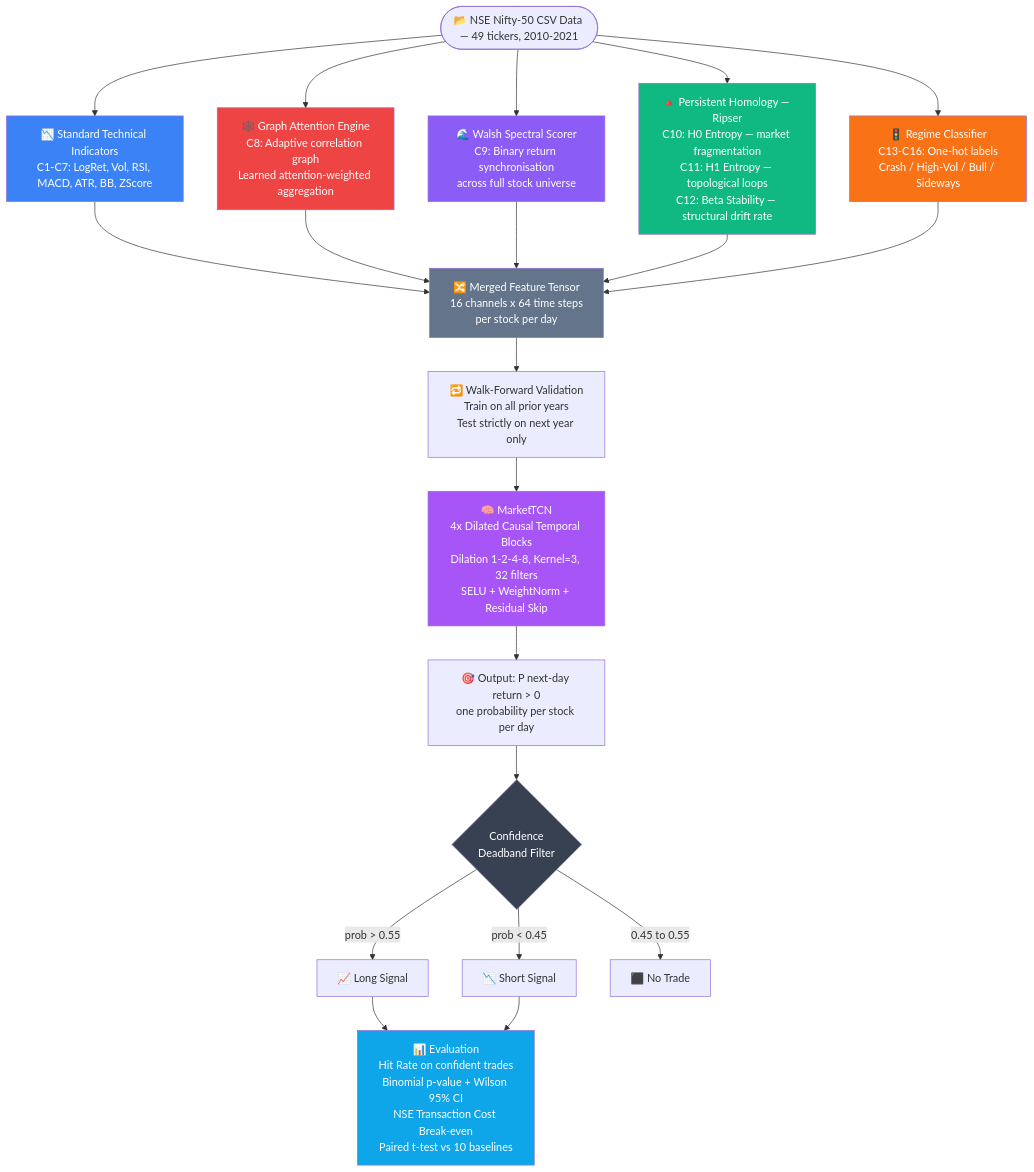
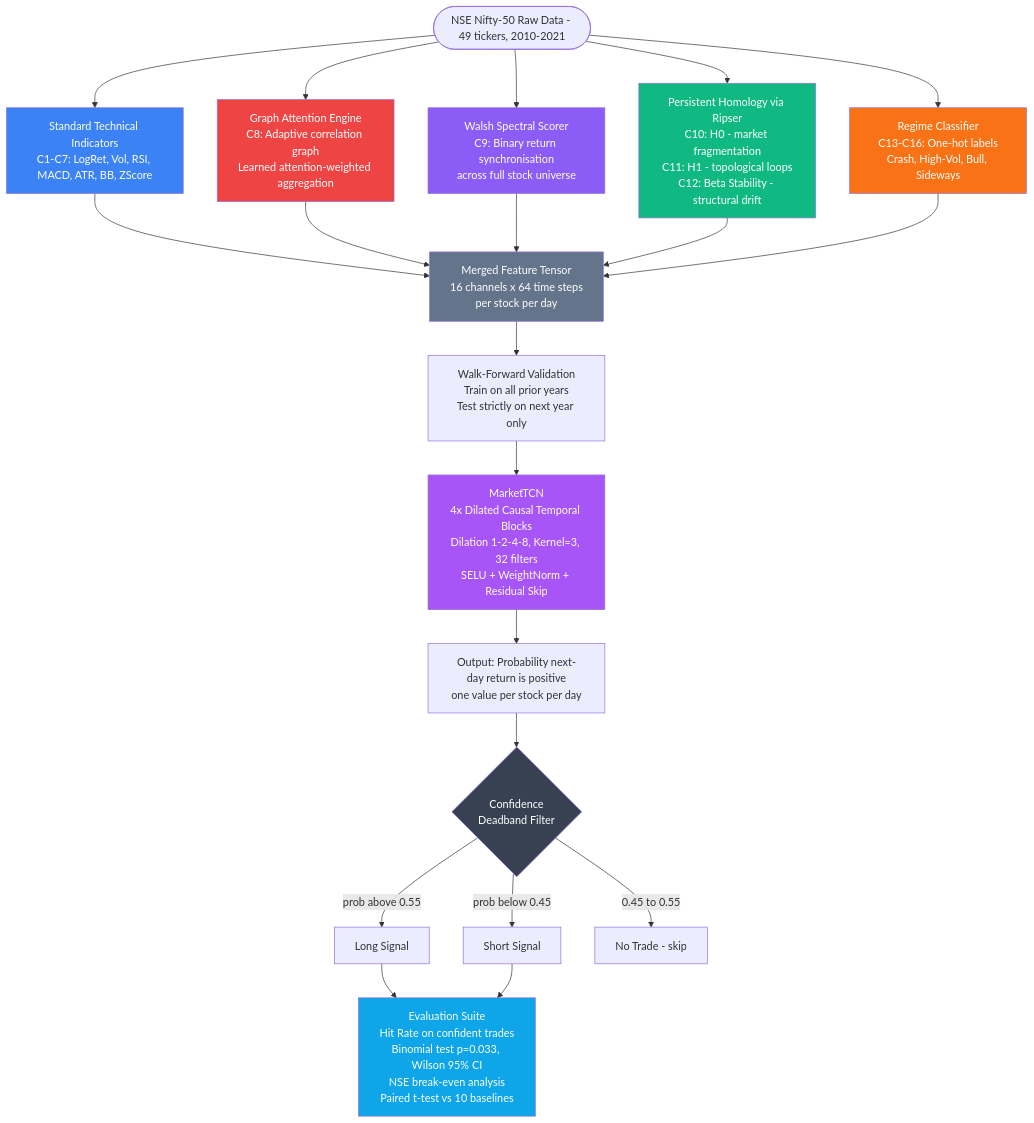
One commit to Asdortop/TopoTrader---Topological-Geometric-Trading-System changed the diagram in summer_internsip-main/README.md. Above: the diagram before and after it, drawn with Mermaid.

Commit message:
Fix mermaid diagram for GitHub rendering

````diff
--- a/summer_internsip-main/README.md
+++ b/summer_internsip-main/README.md
@@ -50,41 +50,41 @@
 ```mermaid
 flowchart TD
-    RAW(["📂 NSE Nifty-50 CSV Data — 49 tickers, 2010-2021"]) --> TECH
+    RAW(["NSE Nifty-50 Raw Data - 49 tickers, 2010-2021"]) --> TECH
     RAW --> GAT
     RAW --> WALSH
     RAW --> TDA
     RAW --> REGIME
 
-    TECH["📉 Standard Technical Indicators\nC1-C7: LogRet, Vol, RSI, MACD, ATR, BB, ZScore"] --> MERGE
-    GAT["🕸️ Graph Attention Engine\nC8: Adaptive correlation graph\nLearned attention-weighted aggregation"] --> MERGE
-    WALSH["🌊 Walsh Spectral Scorer\nC9: Binary return synchronisation\nacross full stock universe"] --> MERGE
-    TDA["🔺 Persistent Homology — Ripser\nC10: H0 Entropy — market fragmentation\nC11: H1 Entropy — topological loops\nC12: Beta Stability — structural drift rate"] --> MERGE
-    REGIME["🚦 Regime Classifier\nC13-C16: One-hot labels\nCrash / High-Vol / Bull / Sideways"] --> MERGE
+    TECH["Standard Technical Indicators\nC1-C7: LogRet, Vol, RSI, MACD, ATR, BB, ZScore"] --> MERGE
+    GAT["Graph Attention Engine\nC8: Adaptive correlation graph\nLearned attention-weighted aggregation"] --> MERGE
+    WALSH["Walsh Spectral Scorer\nC9: Binary return synchronisation\nacross full stock universe"] --> MERGE
+    TDA["Persistent Homology via Ripser\nC10: H0 - market fragmentation\nC11: H1 - topological loops\nC12: Beta Stability - structural drift"] --> MERGE
+    REGIME["Regime Classifier\nC13-C16: One-hot labels\nCrash, High-Vol, Bull, Sideways"] --> MERGE
 
-    MERGE["🔀 Merged Feature Tensor\n16 channels x 64 time steps\nper stock per day"] --> WFV
+    MERGE["Merged Feature Tensor\n16 channels x 64 time steps\nper stock per day"] --> WFV
 
-    WFV["🔁 Walk-Forward Validation\nTrain on all prior years\nTest strictly on next year only"] --> TCN
+    WFV["Walk-Forward Validation\nTrain on all prior years\nTest strictly on next year only"] --> TCN
 
-    TCN["🧠 MarketTCN\n4x Dilated Causal Temporal Blocks\nDilation 1-2-4-8, Kernel=3, 32 filters\nSELU + WeightNorm + Residual Skip"] --> OUT
+    TCN["MarketTCN\n4x Dilated Causal Temporal Blocks\nDilation 1-2-4-8, Kernel=3, 32 filters\nSELU + WeightNorm + Residual Skip"] --> OUT
 
-    OUT["🎯 Output: P next-day return > 0\none probability per stock per day"] --> FILTER
+    OUT["Output: Probability next-day return is positive\none value per stock per day"] --> FILTER
 
-    FILTER{"Confidence\nDeadband Filter"} -->|"prob > 0.55"| LONG["📈 Long Signal"]
-    FILTER -->|"prob < 0.45"| SHORT["📉 Short Signal"]
-    FILTER -->|"0.45 to 0.55"| SKIP["⬛ No Trade"]
+    FILTER{"Confidence\nDeadband Filter"} -->|"prob above 0.55"| LONG["Long Signal"]
+    FILTER -->|"prob below 0.45"| SHORT["Short Signal"]
+    FILTER -->|"0.45 to 0.55"| SKIP["No Trade - skip"]
 
     LONG --> EVAL
     SHORT --> EVAL
 
-    EVAL["📊 Evaluation\nHit Rate on confident trades\nBinomial p-value + Wilson 95% CI\nNSE Transaction Cost Break-even\nPaired t-test vs 10 baselines"]
+    EVAL["Evaluation Suite\nHit Rate on confident trades\nBinomial test p=0.033, Wilson 95% CI\nNSE break-even analysis\nPaired t-test vs 10 baselines"]
 
     style TECH fill:#3b82f6,color:#fff
     style GAT fill:#ef4444,color:#fff
     style WALSH fill:#8b5cf6,color:#fff
     style TDA fill:#10b981,color:#fff
     style REGIME fill:#f97316,color:#fff
     style MERGE fill:#64748b,color:#fff
     style TCN fill:#a855f7,color:#fff
     style EVAL fill:#0ea5e9,color:#fff
     style FILTER fill:#374151,color:#fff
 ```
````
